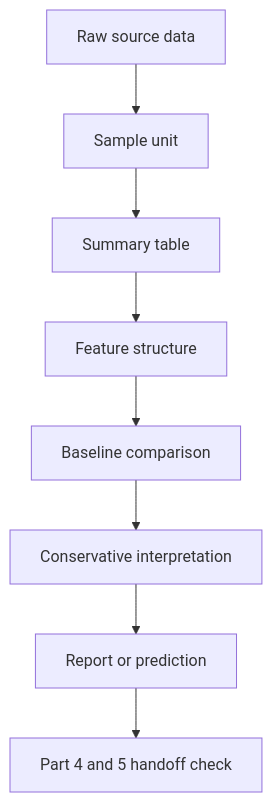
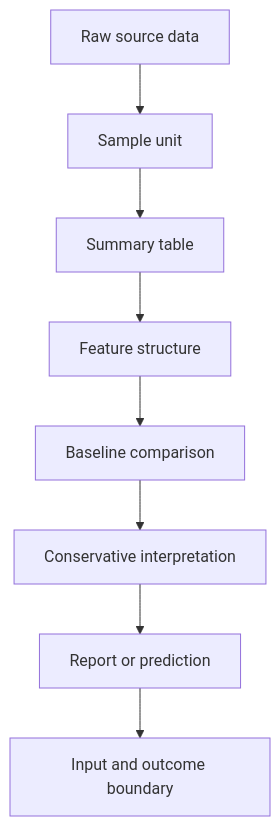
Before and after one commit to devchan64/AiBook: the diagram in docs/parts/part-03/index.md, drawn with Mermaid. The commit also changed other lines of this file and 92 other files, not shown here.

````diff
--- a/docs/parts/part-03/index.md
+++ b/docs/parts/part-03/index.md
@@ -81,10 +77,10 @@
 ```mermaid
 flowchart TD
     A[Raw source data] --> B[Sample unit]
     B --> C[Summary table]
     C --> D[Feature structure]
     D --> E[Baseline comparison]
     E --> F[Conservative interpretation]
     F --> G[Report or prediction]
-    G --> H[Part 4 and 5 handoff check]
+    G --> H[Input and outcome boundary]
 ```
````
